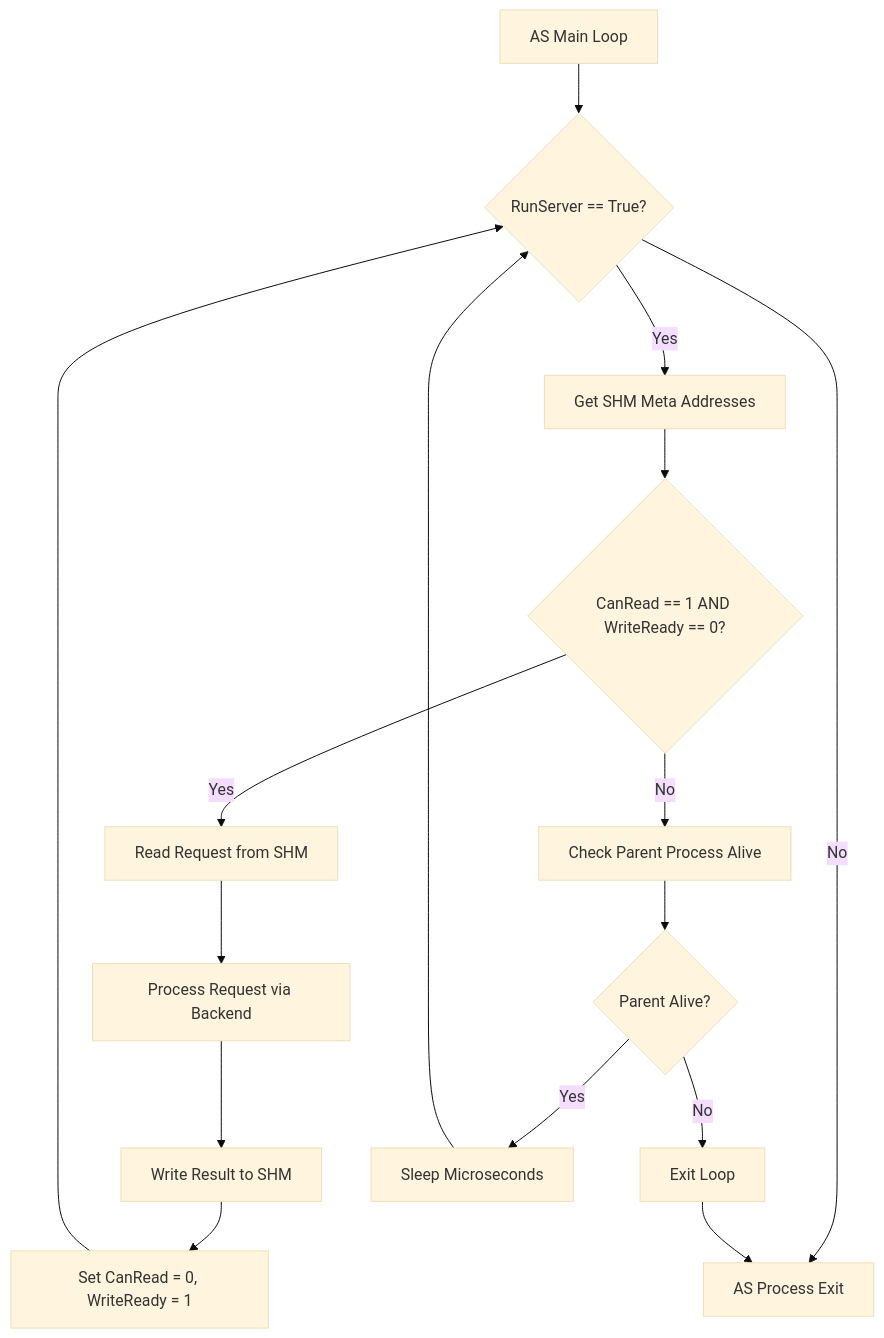
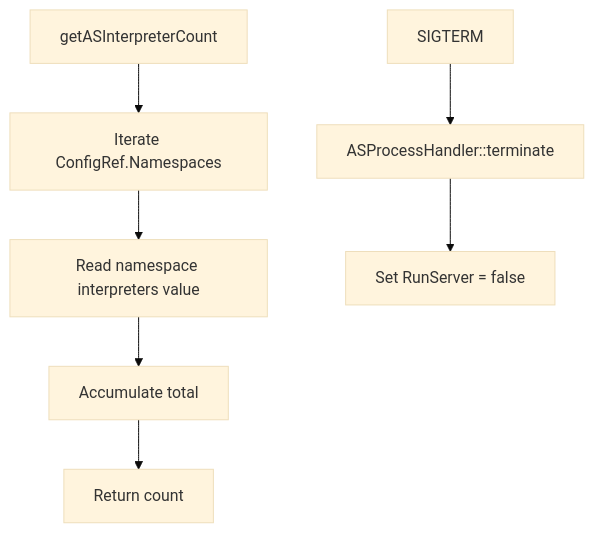
One commit to WEBcodeX1/http-1.2 changed the second of 11 diagrams in doc/Graphical-Workflows.rst. Above: the diagram before and after it, drawn with Mermaid (base theme). The commit also changed other lines of this file and 22 other files, not shown here.

Commit message:
Refresh docs for current architecture

```diff
--- a/doc/Graphical-Workflows.rst
+++ b/doc/Graphical-Workflows.rst
@@ -35,18 +26,9 @@
 .. mermaid::
 
     flowchart TD;
-    A[AS Main Loop] --> B{RunServer == True?};
-    B -->|Yes| C[Get SHM Meta Addresses];
-    C --> D{CanRead == 1 AND WriteReady == 0?};
-    D -->|Yes| E[Read Request from SHM];
-    E --> F[Process Request via Backend];
-    F --> G[Write Result to SHM];
-    G --> H[Set CanRead = 0, WriteReady = 1];
-    H --> B;
-    D -->|No| I[Check Parent Process Alive];
-    I --> J{Parent Alive?};
-    J -->|No| K[Exit Loop];
-    J -->|Yes| L[Sleep Microseconds];
-    L --> B;
-    B -->|No| M[AS Process Exit];
-    K --> M;
+    A[getASInterpreterCount] --> B[Iterate ConfigRef.Namespaces];
+    B --> C[Read namespace interpreters value];
+    C --> D[Accumulate total];
+    D --> E[Return count];
+    F[SIGTERM] --> G[ASProcessHandler::terminate];
+    G --> H[Set RunServer = false];
```
